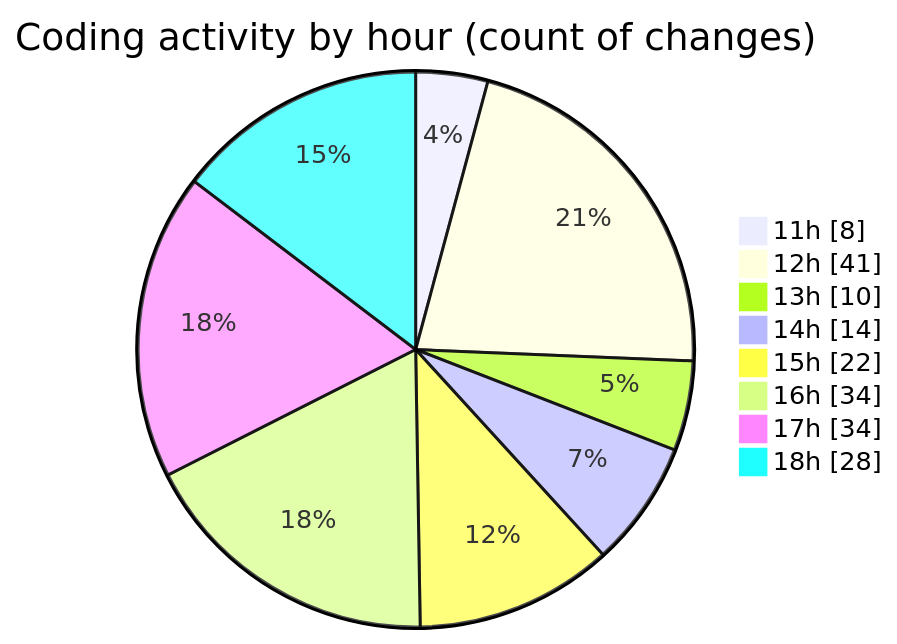
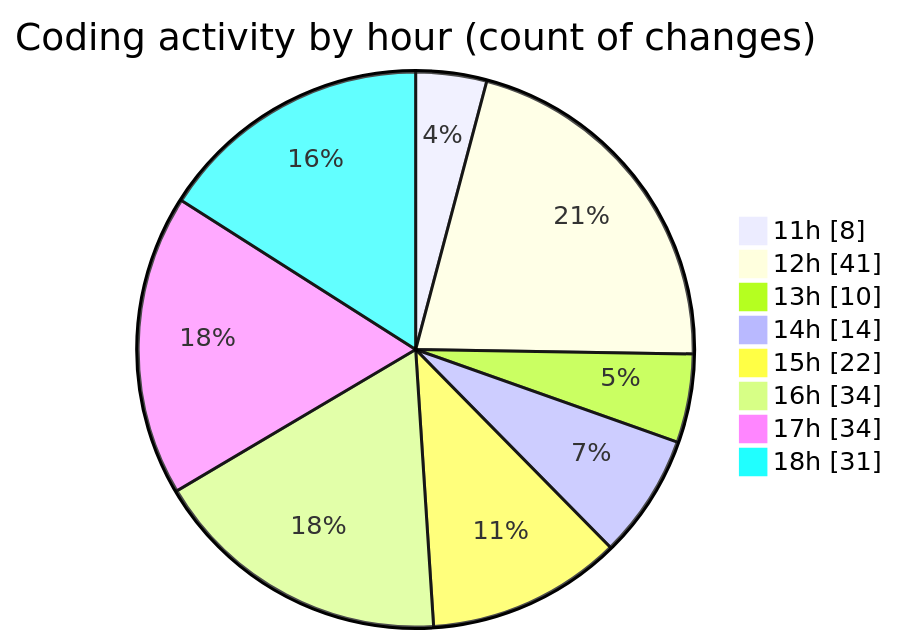
The second of 2 diagrams in 2025-05-04/project/README.md (BS-eng2023/code-tracking), drawn with Mermaid before and after one commit. The commit also changed other lines of this file and 1 other file, not shown here.

````diff
--- a/2025-05-04/project/README.md
+++ b/2025-05-04/project/README.md
@@ -54,12 +54,12 @@
 ```mermaid
 pie showData
 title Coding activity by hour (count of changes)
 "11h" : 8
 "12h" : 41
 "13h" : 10
 "14h" : 14
 "15h" : 22
 "16h" : 34
 "17h" : 34
-"18h" : 28
+"18h" : 31
 ```
````
